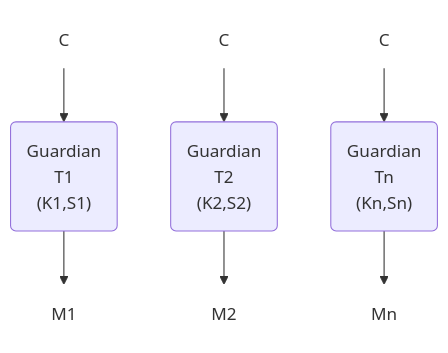
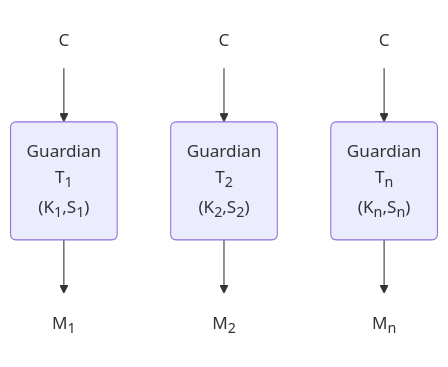
Before and after one commit to Election-Tech-Initiative/electionguard: the third of 5 diagrams in docs/concepts/Structure_and_Processes.md, drawn with Mermaid. The commit also changed other lines of this file and 1 other file, not shown here.

````diff
--- a/docs/concepts/Structure_and_Processes.md
+++ b/docs/concepts/Structure_and_Processes.md
@@ -177,15 +175,15 @@
 ```mermaid
     graph TD
-    A("Guardian <br /> T1<br />(K1,S1)")-->B(M1);
-    C("Guardian <br /> T2<br />(K2,S2)")-->D(M2);
+    A("Guardian <br /> T<sub>1</sub><br />(K<sub>1</sub>,S<sub>1</sub>)")-->B(M<sub>1</sub>);
+    C("Guardian <br /> T<sub>2</sub><br />(K<sub>2</sub>,S<sub>2</sub>)")-->D(M<sub>2</sub>);
     A1(C)-->A;
     C1(C)-->C;
-    E("Guardian <br />Tn<br />(Kn,Sn)")-->F(Mn);
+    E("Guardian <br />T<sub>n</sub><br />(K<sub>n</sub>,S<sub>n</sub>)")-->F(M<sub>n</sub>);
     E1(C)-->E;
     style B fill:#FFFFFF00,stroke:#FFFFFF00
     style D fill:#FFFFFF00,stroke:#FFFFFF00
     style C1 fill:#FFFFFF00,stroke:#FFFFFF00
     style A1 fill:#FFFFFF00,stroke:#FFFFFF00
     style E1 fill:#FFFFFF00,stroke:#FFFFFF00
     style F fill:#FFFFFF00,stroke:#FFFFFF00
 ```
````
